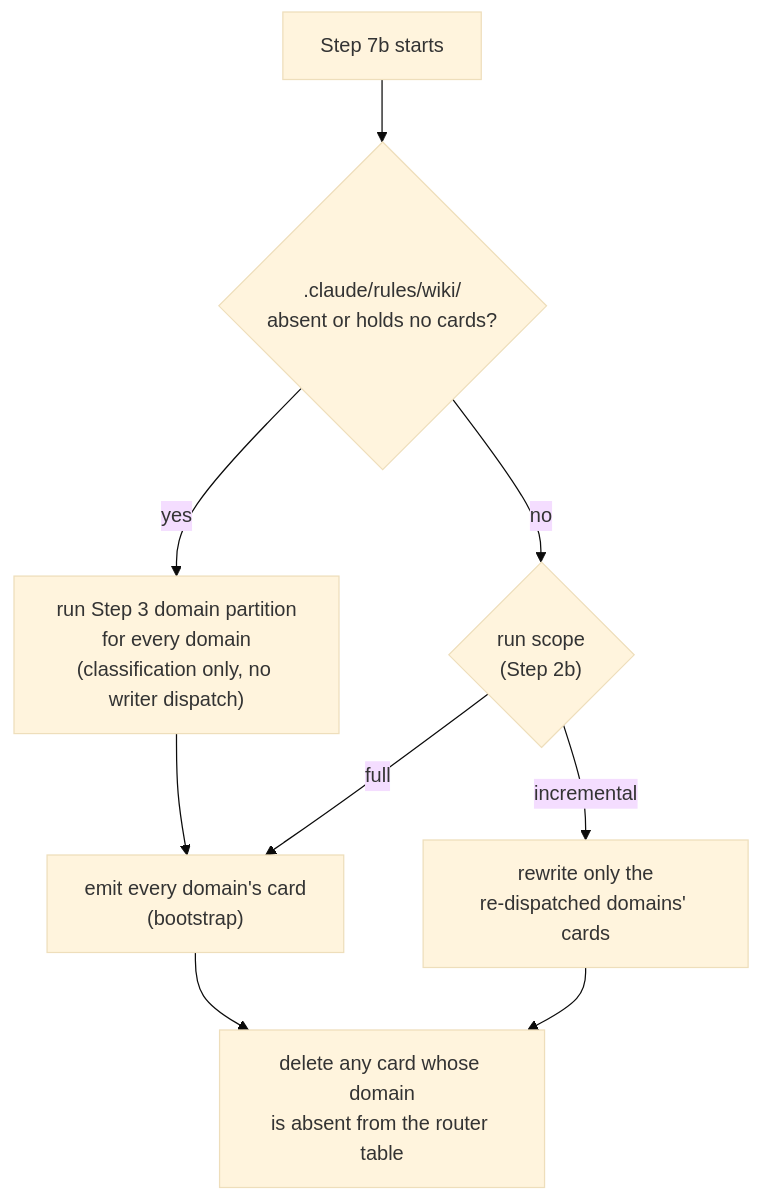
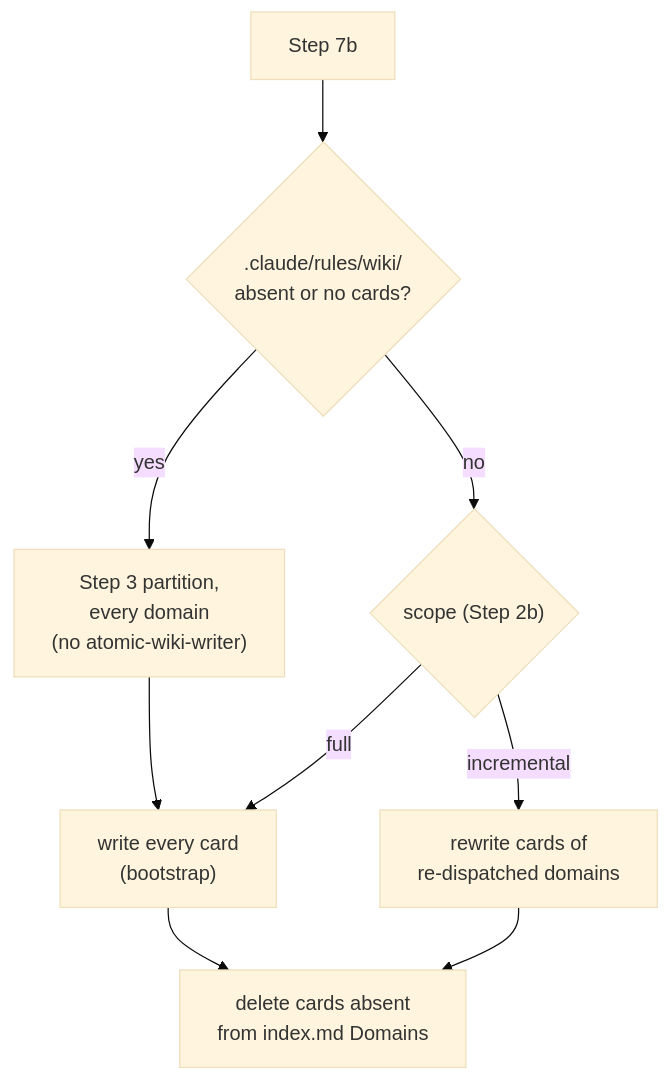
The second of 2 diagrams in docs/wiki/signals.md (damusix/atomic-claude), drawn with Mermaid (base theme) before and after one commit. The commit also changed other lines of this file and 19 other files, not shown here.

````diff
--- a/docs/wiki/signals.md
+++ b/docs/wiki/signals.md
@@ -72,11 +76,11 @@
 ```mermaid
 flowchart TD
-    S["Step 7b starts"] --> Q1{".claude/rules/wiki/<br/>absent or holds no cards?"}
-    Q1 -->|yes| PART["run Step 3 domain partition<br/>for every domain<br/>(classification only, no writer dispatch)"]
-    PART --> ALL["emit every domain's card<br/>(bootstrap)"]
-    Q1 -->|no| Q2{"run scope<br/>(Step 2b)"}
+    S["Step 7b"] --> Q1{".claude/rules/wiki/<br/>absent or no cards?"}
+    Q1 -->|yes| PART["Step 3 partition,<br/>every domain<br/>(no atomic-wiki-writer)"]
+    PART --> ALL["write every card<br/>(bootstrap)"]
+    Q1 -->|no| Q2{"scope (Step 2b)"}
     Q2 -->|full| ALL
-    Q2 -->|incremental| SOME["rewrite only the<br/>re-dispatched domains' cards"]
-    ALL --> DEL["delete any card whose domain<br/>is absent from the router table"]
+    Q2 -->|incremental| SOME["rewrite cards of<br/>re-dispatched domains"]
+    ALL --> DEL["delete cards absent<br/>from index.md Domains"]
     SOME --> DEL
 ```
````
